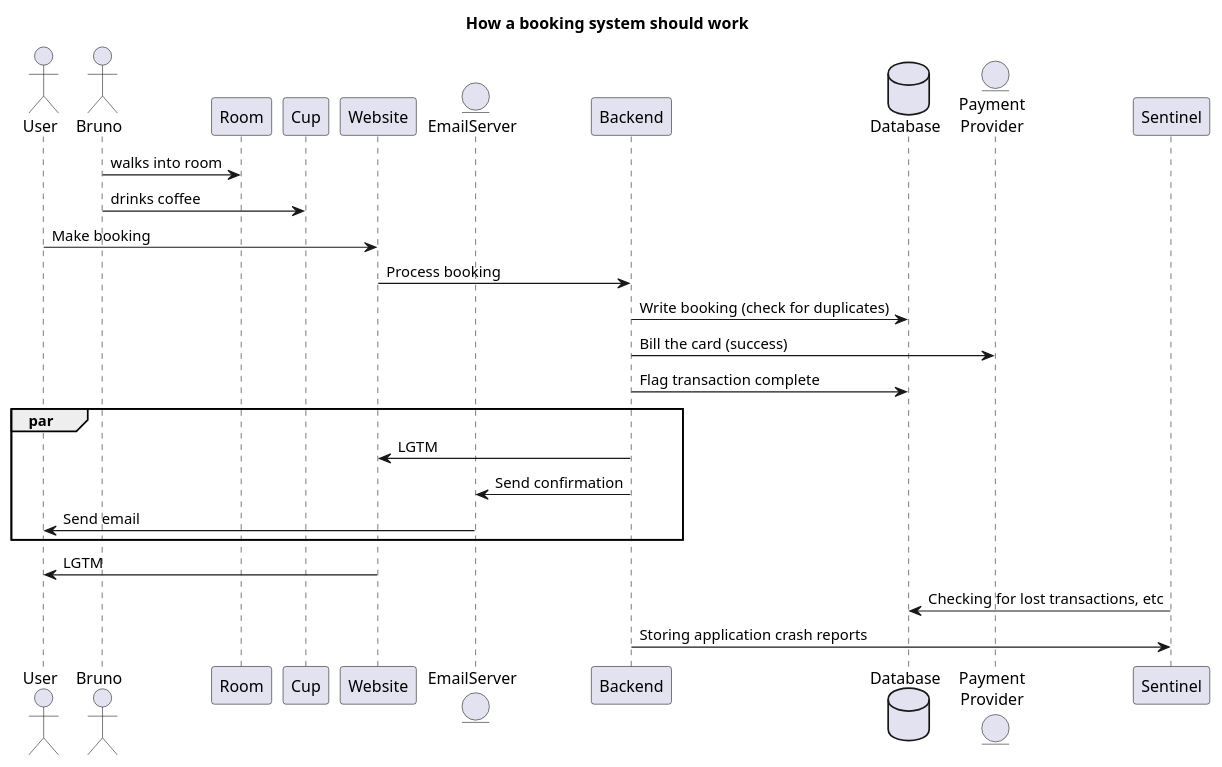
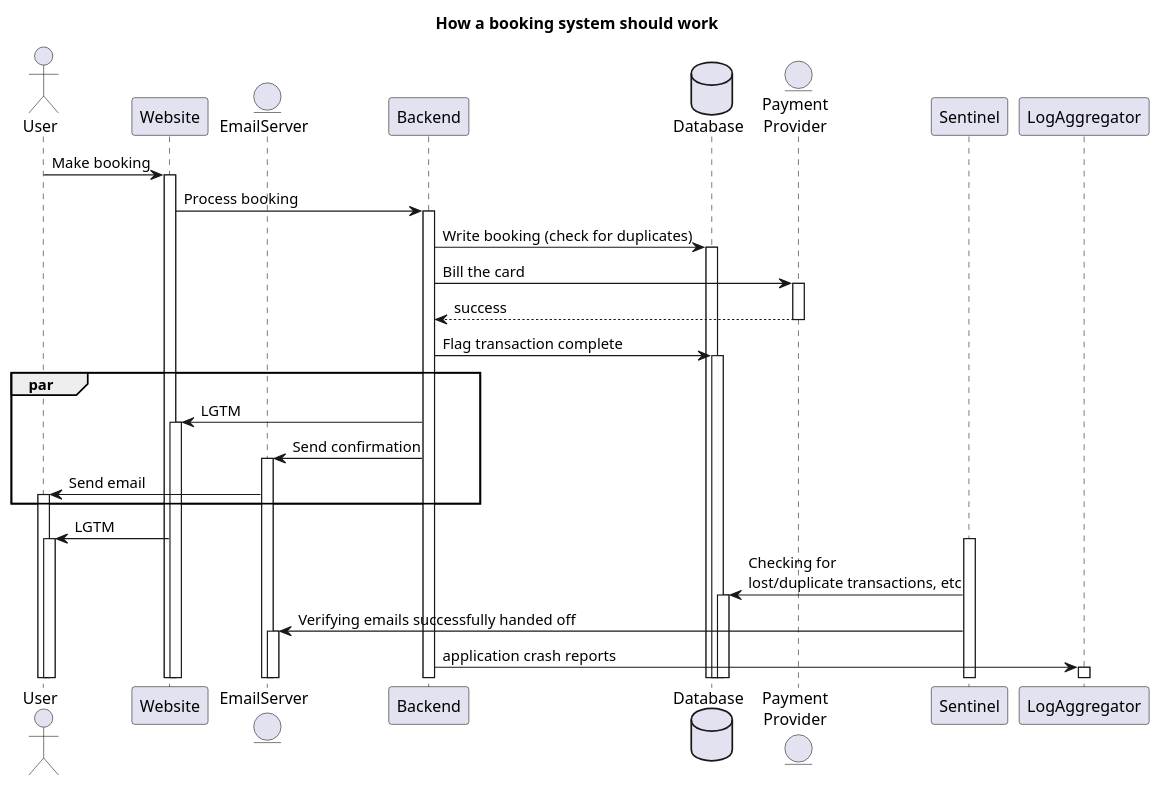
One commit to esl/bryan_cb_sf_2020_talk changed the diagram in puml/how-booking-should-work.puml. Above: the diagram before and after it, drawn with PlantUML. The commit also changed 4 other files, not shown here.

```diff
--- a/puml/how-booking-should-work.puml
+++ b/puml/how-booking-should-work.puml
@@ -1,30 +1,26 @@
 @startuml overview
 
 title How a booking system should work
+autoactivate on
 actor User 
-
-actor Bruno
-Bruno -> Room : walks into room 
-Bruno -> Cup : drinks coffee
-
-
-
-
-
 User -> Website: Make booking 
 entity   EmailServer
 Website -> Backend: Process booking
 database Database
 Backend -> Database: Write booking (check for duplicates)
 entity "Payment\nProvider" as Provider 
-Backend -> Provider: Bill the card (success)
+Backend -> Provider: Bill the card 
+return success
 Backend -> Database: Flag transaction complete
 par 
 Backend -> Website: LGTM
 Backend -> EmailServer: Send confirmation
 EmailServer -> User: Send email
 end
 Website -> User: LGTM
-Sentinel -> Database: Checking for lost transactions, etc
-Backend -> Sentinel : Storing application crash reports
+activate Sentinel
+Sentinel -> Database: Checking for \nlost/duplicate transactions, etc
+Sentinel -> EmailServer : Verifying emails successfully handed off 
+
+Backend -> LogAggregator: application crash reports
 @enduml
```
